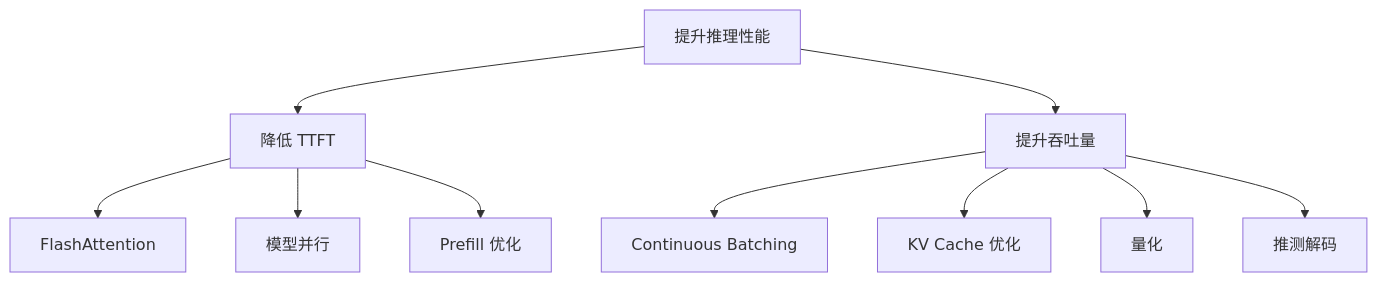
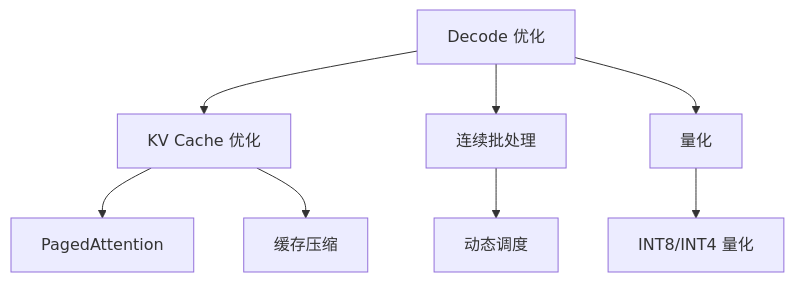
One commit to Xunzhuo/mini-sglang changed the seventh of 8 diagrams in learning/website/docs/basics/14-inference-process.md. Above: the diagram before and after it, drawn with Mermaid. The commit also changed other lines of this file and 23 other files, not shown here.

````diff
--- a/learning/website/docs/basics/14-inference-process.md
+++ b/learning/website/docs/basics/14-inference-process.md
@@ -285,14 +268,11 @@
 ```mermaid
 graph TB
-    Goal[提升推理性能] --> TTFT[降低 TTFT]
-    Goal --> TPS[提升吞吐量]
+    Goal[Decode 优化] --> Tech1[KV Cache 优化]
+    Goal --> Tech2[连续批处理]
+    Goal --> Tech3[量化]
     
-    TTFT --> F1[FlashAttention]
-    TTFT --> F2[模型并行]
-    TTFT --> F3[Prefill 优化]
-    
-    TPS --> T1[Continuous Batching]
-    TPS --> T2[KV Cache 优化]
-    TPS --> T3[量化]
-    TPS --> T4[推测解码]
+    Tech1 --> D1[PagedAttention]
+    Tech1 --> D2[缓存压缩]
+    Tech2 --> D3[动态调度]
+    Tech3 --> D4[INT8/INT4 量化]
 ```
````
